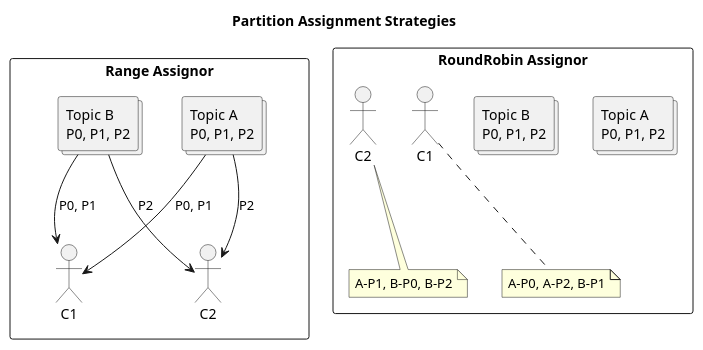
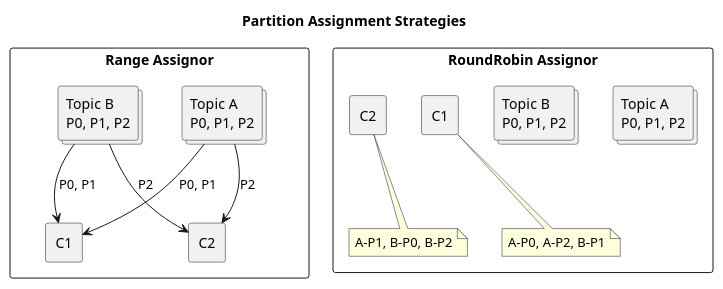
The second of 5 diagrams in docs/data-platforms/kafka/application-development/consumers/index.md (axonops/documentation), drawn with PlantUML before and after one commit. The commit also changed 4 other files, not shown here.

Commit message:
Replacing actors with rectangles in plantuml diagrams

````diff
--- a/docs/data-platforms/kafka/application-development/consumers/index.md
+++ b/docs/data-platforms/kafka/application-development/consumers/index.md
@@ -74,38 +74,38 @@
 ```plantuml
 @startuml
 
 skinparam backgroundColor transparent
 
 title Partition Assignment Strategies
 
 rectangle "Range Assignor" {
     collections "Topic A\nP0, P1, P2" as TA1
     collections "Topic B\nP0, P1, P2" as TB1
 
-    actor "C1" as C1a
-    actor "C2" as C2a
+    rectangle "C1" as C1a
+    rectangle "C2" as C2a
 
     TA1 --> C1a : "P0, P1"
     TA1 --> C2a : "P2"
     TB1 --> C1a : "P0, P1"
     TB1 --> C2a : "P2"
 }
 
 rectangle "RoundRobin Assignor" {
     collections "Topic A\nP0, P1, P2" as TA2
     collections "Topic B\nP0, P1, P2" as TB2
 
-    actor "C1" as C1b
-    actor "C2" as C2b
+    rectangle "C1" as C1b
+    rectangle "C2" as C2b
 
     note bottom of C1b
       A-P0, A-P2, B-P1
     end note
 
     note bottom of C2b
       A-P1, B-P0, B-P2
     end note
 }
 
 @enduml
 ```
````
